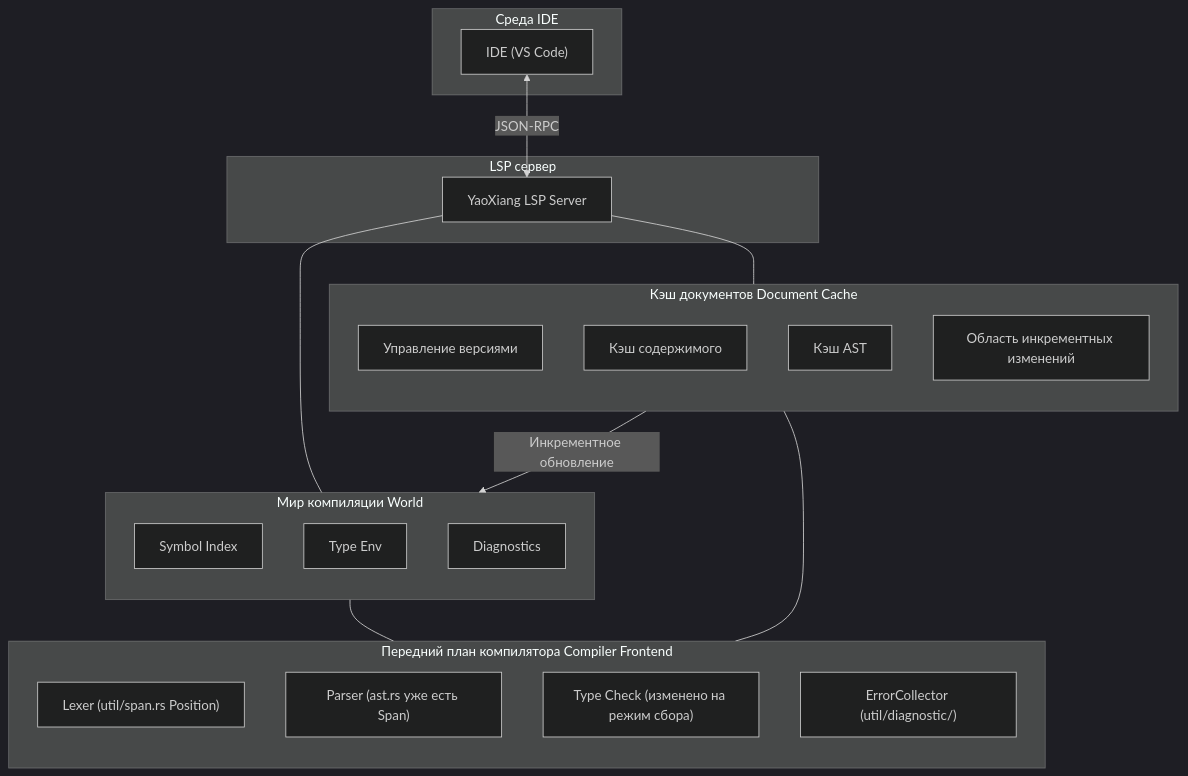
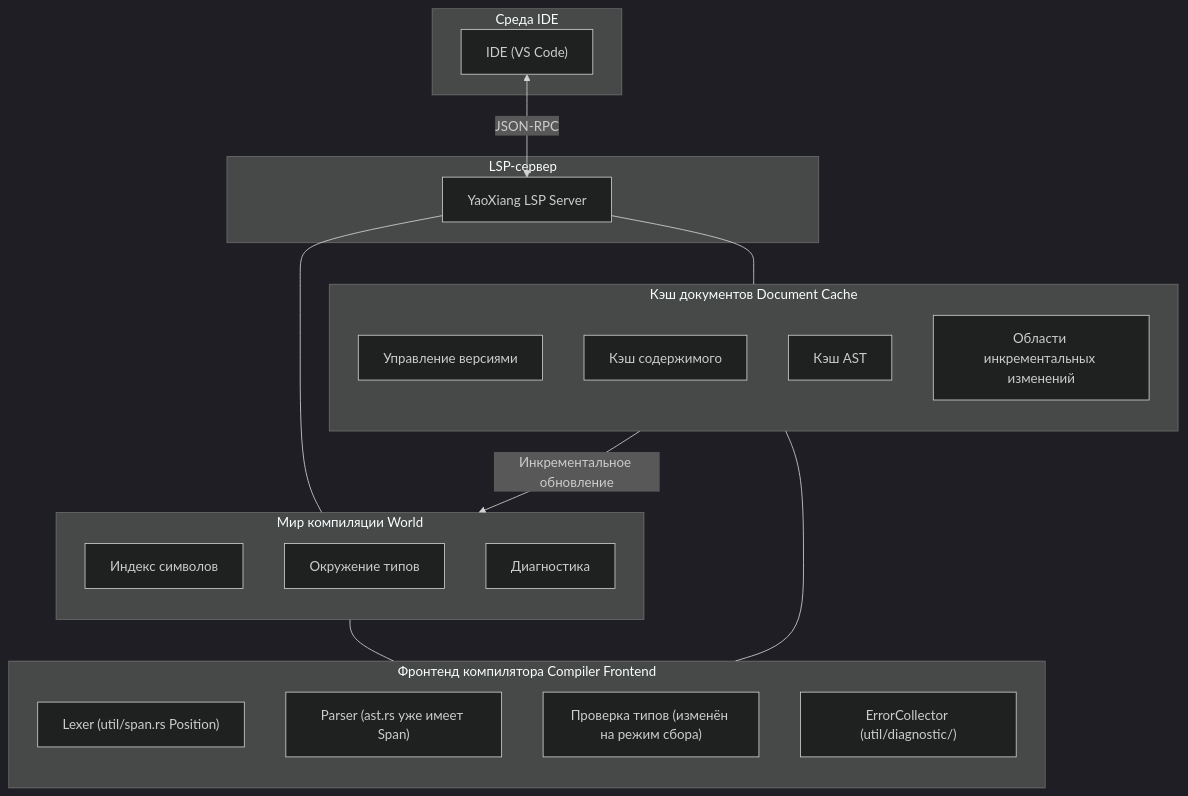
The diagram in docs/src/ru/design/rfc/accepted/017-lsp-support.md (ChenXu233/YaoXiang), drawn with Mermaid (dark theme) before and after one commit. The commit also changed other lines of this file and 142 other files, not shown here.

````diff
--- a/docs/src/ru/design/rfc/accepted/017-lsp-support.md
+++ b/docs/src/ru/design/rfc/accepted/017-lsp-support.md
@@ -149,43 +163,43 @@
 ```mermaid
 flowchart TD
     subgraph IDE_Environment [Среда IDE]
         IDE["IDE (VS Code)"]
     end
 
-    subgraph LSP_Server [LSP сервер]
+    subgraph LSP_Server [LSP-сервер]
         LSP["YaoXiang LSP Server"]
     end
 
     subgraph World_Compile [Мир компиляции World]
         direction TB
-        W_Symbol["Symbol Index"]
-        W_Type["Type Env"]
-        W_Diag["Diagnostics"]
+        W_Symbol["Индекс символов"]
+        W_Type["Окружение типов"]
+        W_Diag["Диагностика"]
     end
 
     subgraph Cache [Кэш документов Document Cache]
         direction TB
         C_Version["Управление версиями"]
         C_Content["Кэш содержимого"]
         C_AST["Кэш AST"]
-        C_Delta["Область инкрементных изменений"]
+        C_Delta["Области инкрементальных изменений"]
     end
 
-    subgraph Frontend [Передний план компилятора Compiler Frontend]
+    subgraph Frontend [Фронтенд компилятора Compiler Frontend]
         direction TB
         F_Lexer["Lexer (util/span.rs Position)"]
-        F_Parser["Parser (ast.rs уже есть Span)"]
-        F_TypeCheck["Type Check (изменено на режим сбора)"]
+        F_Parser["Parser (ast.rs уже имеет Span)"]
+        F_TypeCheck["Проверка типов (изменён на режим сбора)"]
         F_ErrorCollector["ErrorCollector (util/diagnostic/)"]
     end
 
     IDE <-->|JSON-RPC| LSP
 
     LSP --- World_Compile
     LSP --- Cache
 
-    Cache -- "Инкрементное обновление" --> World_Compile
+    Cache -- "Инкрементальное обновление" --> World_Compile
 
     World_Compile --- Frontend
     Cache --- Frontend
 ```
````
